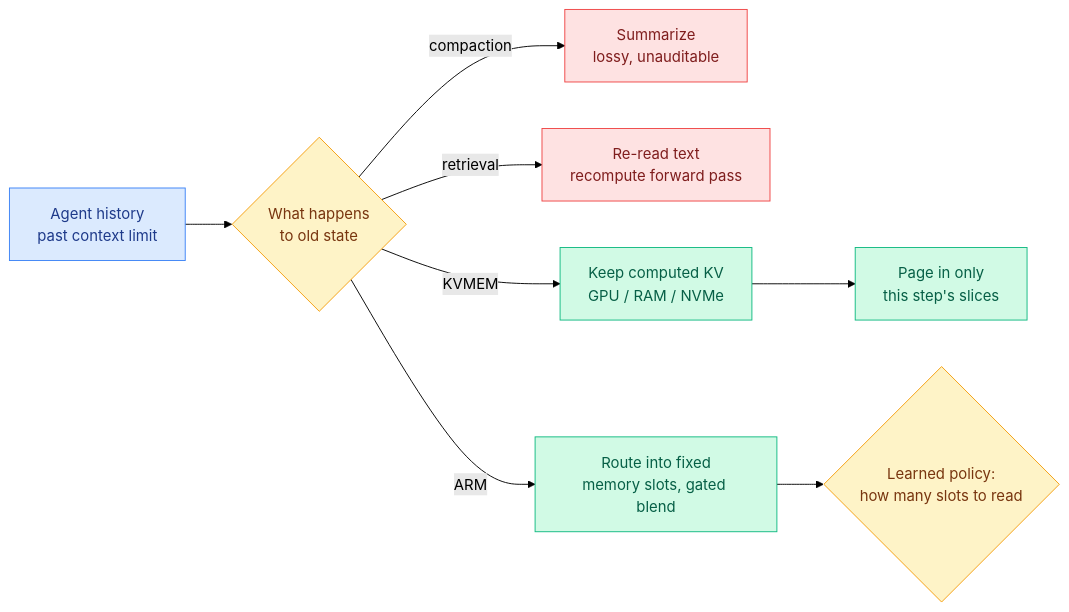
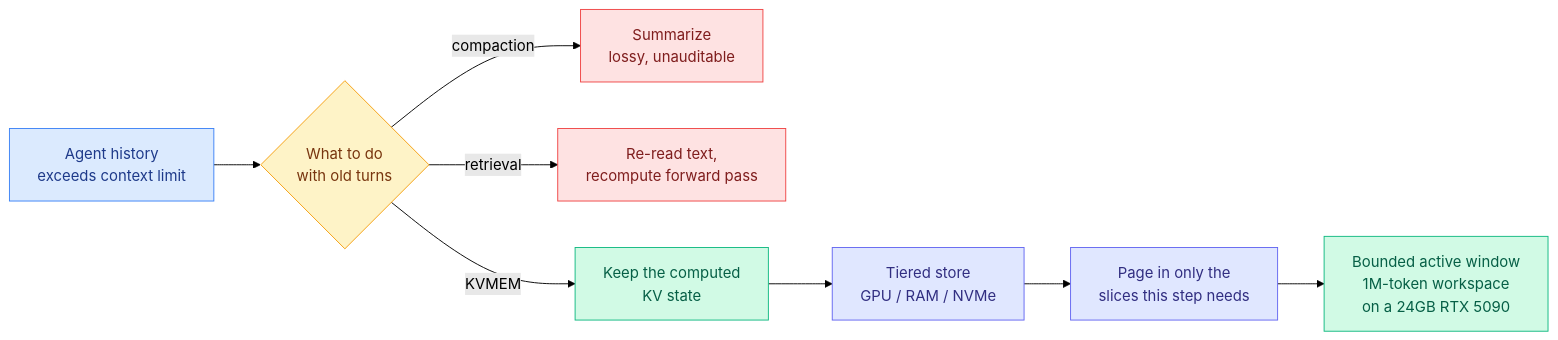
Before and after one commit to bayesiansapien/cere-bro: the third of 5 diagrams in wiki/daily-digest/2026-09/2026-09-23.md, drawn with Mermaid (forest theme). The commit also changed other lines of this file, not shown here.

````diff
--- a/wiki/daily-digest/2026-09/2026-09-23.md
+++ b/wiki/daily-digest/2026-09/2026-09-23.md
@@ -147,18 +143,20 @@
 ```mermaid
 flowchart LR
-  H[Agent history<br/>past context limit] --> CH{What happens<br/>to old state}
+  H[Agent history<br/>exceeds context limit] --> CH{What to do<br/>with old turns}
   CH -->|compaction| SUM[Summarize<br/>lossy, unauditable]
-  CH -->|retrieval| RAG[Re-read text<br/>recompute forward pass]
-  CH -->|KVMEM| PAGE[Keep computed KV<br/>GPU / RAM / NVMe]
-  CH -->|ARM| ROUTE[Route into fixed<br/>memory slots, gated blend]
-  PAGE --> PULL[Page in only<br/>this step's slices]
-  ROUTE --> POL{Learned policy:<br/>how many slots to read}
+  CH -->|retrieval| RAG[Re-read text,<br/>recompute forward pass]
+  CH -->|KVMEM| PAGE[Keep the computed<br/>KV state]
+  PAGE --> TIER[Tiered store<br/>GPU / RAM / NVMe]
+  TIER --> PULL[Page in only the<br/>slices this step needs]
+  PULL --> STEP[Bounded active window<br/>1M-token workspace<br/>on a 24GB RTX 5090]
   classDef input fill:#dbeafe,stroke:#3b82f6,color:#1e3a8a
   classDef decision fill:#fef3c7,stroke:#f59e0b,color:#78350f
   classDef output fill:#d1fae5,stroke:#10b981,color:#065f46
   classDef warn fill:#fee2e2,stroke:#ef4444,color:#7f1d1d
+  classDef aux fill:#e0e7ff,stroke:#6366f1,color:#312e81
   class H input
-  class CH,POL decision
-  class PAGE,ROUTE,PULL output
+  class CH decision
+  class STEP,PAGE output
   class SUM,RAG warn
+  class TIER,PULL aux
 ```
````
